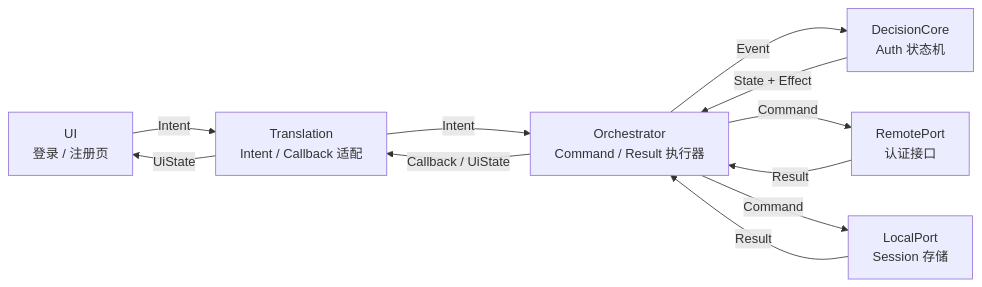
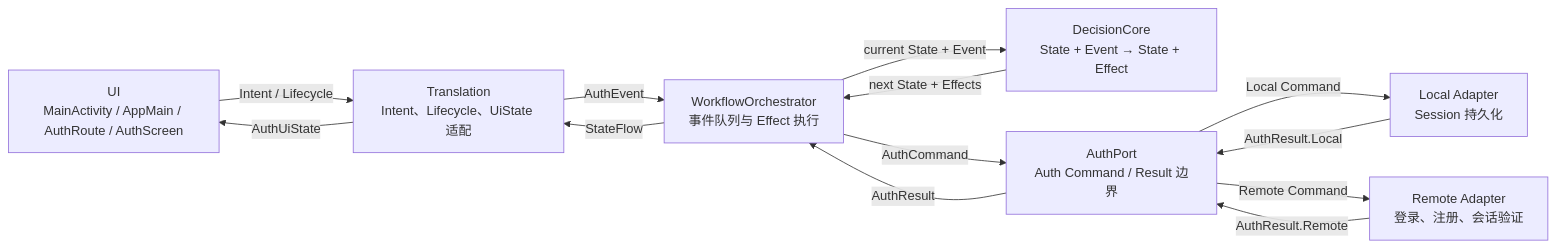
The diagram in docs/SOP/Workflow/01-register-login.md (linwuqu/MixTheBluetooth), drawn with Mermaid before and after one commit. The commit also changed other lines of this file and 11 other files, not shown here.

````diff
--- a/docs/SOP/Workflow/01-register-login.md
+++ b/docs/SOP/Workflow/01-register-login.md
@@ -5,20 +19,23 @@
 ```mermaid
 flowchart LR
-  UI["UI\n登录 / 注册页"]
-  T["Translation\nIntent / Callback 适配"]
-  O["Orchestrator\nCommand / Result 执行器"]
-  D["DecisionCore\nAuth 状态机"]
-  RP["RemotePort\n认证接口"]
-  LP["LocalPort\nSession 存储"]
+  UI["UI\nMainActivity / AppMain / AuthRoute / AuthScreen"]
+  T["Translation\nIntent、Lifecycle、UiState 适配"]
+  O["WorkflowOrchestrator\n事件队列与 Effect 执行"]
+  D["DecisionCore\nState + Event → State + Effect"]
+  P["AuthPort\nAuth Command / Result 边界"]
+  LP["Local Adapter\nSession 持久化"]
+  RP["Remote Adapter\n登录、注册、会话验证"]
 
-  UI -->|Intent| T
-  T -->|Intent| O
-  O -->|Event| D
-  D -->|State + Effect| O
-  O -->|Command| RP
-  O -->|Command| LP
-  RP -->|Result| O
-  LP -->|Result| O
-  O -->|Callback / UiState| T
-  T -->|UiState| UI
+  UI -->|"Intent / Lifecycle"| T
+  T -->|"AuthEvent"| O
+  O -->|"current State + Event"| D
+  D -->|"next State + Effects"| O
+  O -->|"StateFlow"| T
+  T -->|"AuthUiState"| UI
+  O -->|"AuthCommand"| P
+  P -->|"Local Command"| LP
+  P -->|"Remote Command"| RP
+  LP -->|"AuthResult.Local"| P
+  RP -->|"AuthResult.Remote"| P
+  P -->|"AuthResult"| O
 ```
````
